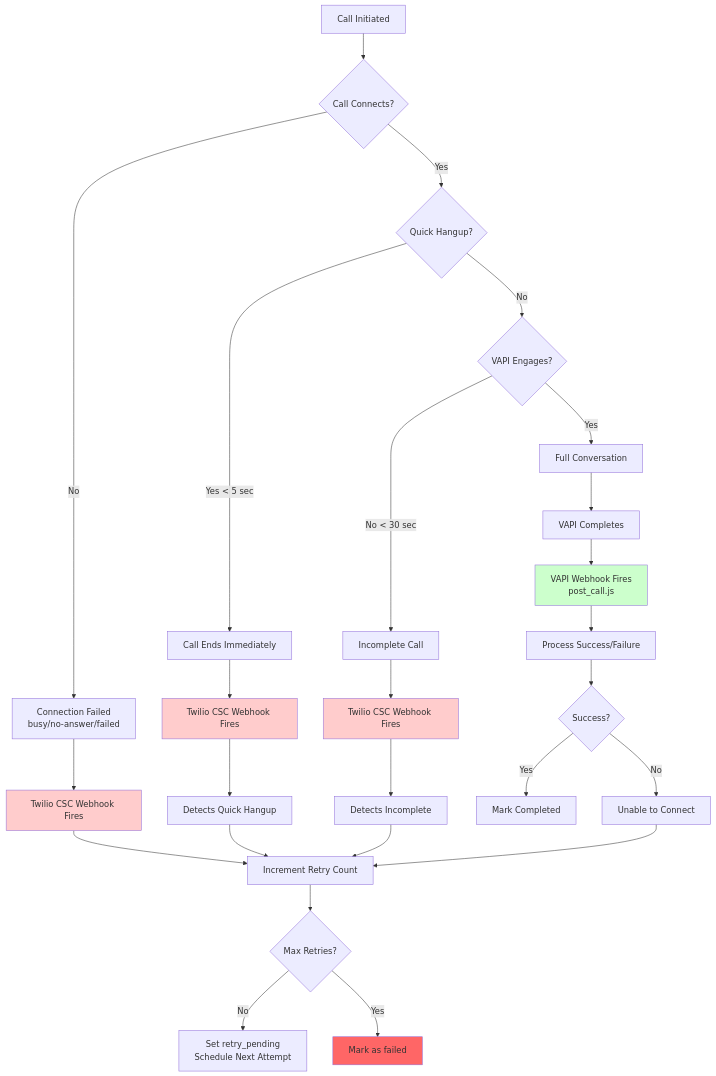
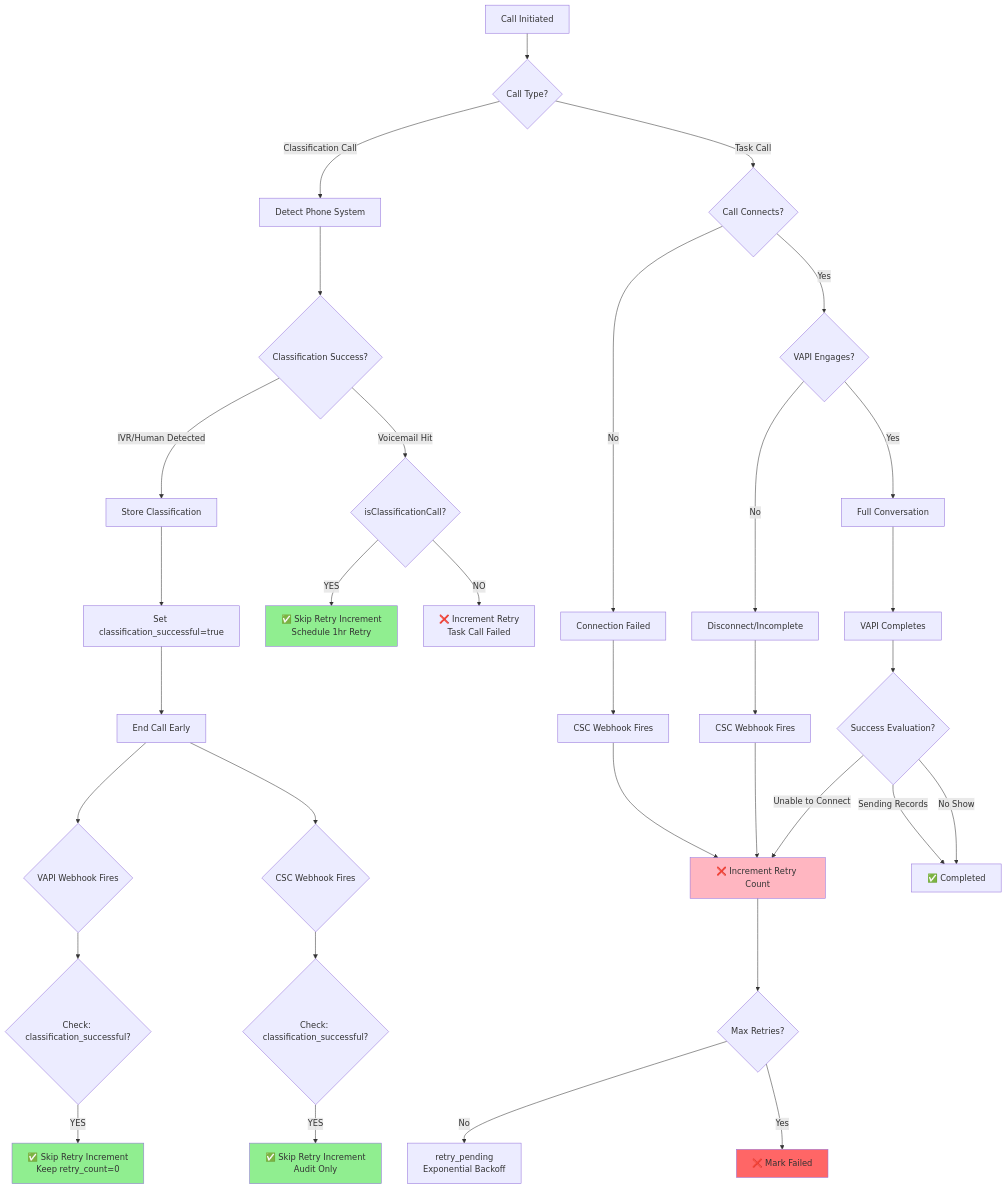
Before and after one commit to christopher-palmieri/deepgram-call-handler: the diagram in classification-readme.md, drawn with Mermaid. The commit also changed other lines of this file, not shown here.

````diff
--- a/classification-readme.md
+++ b/classification-readme.md
@@ -42,42 +42,52 @@
 ```mermaid
 graph TD
-    A[Call Initiated] --> B{Call Connects?}
+    A[Call Initiated] --> B{Call Type?}
     
-    B -->|No| C[Connection Failed<br/>busy/no-answer/failed]
-    C --> D[Twilio CSC Webhook Fires]
-    D --> E[Increment Retry Count]
+    B -->|Classification Call| C[Detect Phone System]
+    C --> D{Classification Success?}
     
-    B -->|Yes| F{Quick Hangup?}
+    D -->|IVR/Human Detected| E[Store Classification]
+    E --> F[Set classification_successful=true]
+    F --> G[End Call Early]
+    G --> H{VAPI Webhook Fires}
+    H --> I{Check: classification_successful?}
+    I -->|YES| J[✅ Skip Retry Increment<br/>Keep retry_count=0]
     
-    F -->|Yes < 5 sec| G[Call Ends Immediately]
-    G --> H[Twilio CSC Webhook Fires]
-    H --> I[Detects Quick Hangup]
-    I --> E
+    G --> K{CSC Webhook Fires}
+    K --> L{Check: classification_successful?}
+    L -->|YES| M[✅ Skip Retry Increment<br/>Audit Only]
     
-    F -->|No| J{VAPI Engages?}
+    D -->|Voicemail Hit| N{isClassificationCall?}
+    N -->|YES| O[✅ Skip Retry Increment<br/>Schedule 1hr Retry]
+    N -->|NO| P[❌ Increment Retry<br/>Task Call Failed]
     
-    J -->|No < 30 sec| K[Incomplete Call]
-    K --> L[Twilio CSC Webhook Fires]
-    L --> M[Detects Incomplete]
-    M --> E
+    B -->|Task Call| Q{Call Connects?}
     
-    J -->|Yes| N[Full Conversation]
-    N --> O[VAPI Completes]
-    O --> P[VAPI Webhook Fires<br/>post_call.js]
-    P --> Q[Process Success/Failure]
+    Q -->|No| R[Connection Failed]
+    R --> S[CSC Webhook Fires]
+    S --> T[❌ Increment Retry Count]
     
-    Q --> R{Success?}
-    R -->|Yes| S[Mark Completed]
-    R -->|No| T[Unable to Connect]
-    T --> E
+    Q -->|Yes| U{VAPI Engages?}
     
-    E --> U{Max Retries?}
-    U -->|No| V[Set retry_pending<br/>Schedule Next Attempt]
-    U -->|Yes| W[Mark as failed]
+    U -->|No| V[Disconnect/Incomplete]
+    V --> W[CSC Webhook Fires]
+    W --> T
     
-    style D fill:#ffcccc
-    style H fill:#ffcccc
-    style L fill:#ffcccc
-    style P fill:#ccffcc
-    style W fill:#ff6666
+    U -->|Yes| X[Full Conversation]
+    X --> Y[VAPI Completes]
+    Y --> Z{Success Evaluation?}
+    
+    Z -->|Sending Records| AA[✅ Completed]
+    Z -->|No Show| AA
+    Z -->|Unable to Connect| T
+    
+    T --> AB{Max Retries?}
+    AB -->|No| AC[retry_pending<br/>Exponential Backoff]
+    AB -->|Yes| AD[❌ Mark Failed]
+    
+    style J fill:#90EE90
+    style M fill:#90EE90
+    style O fill:#90EE90
+    style T fill:#FFB6C1
+    style AD fill:#ff6666
 ```
````
